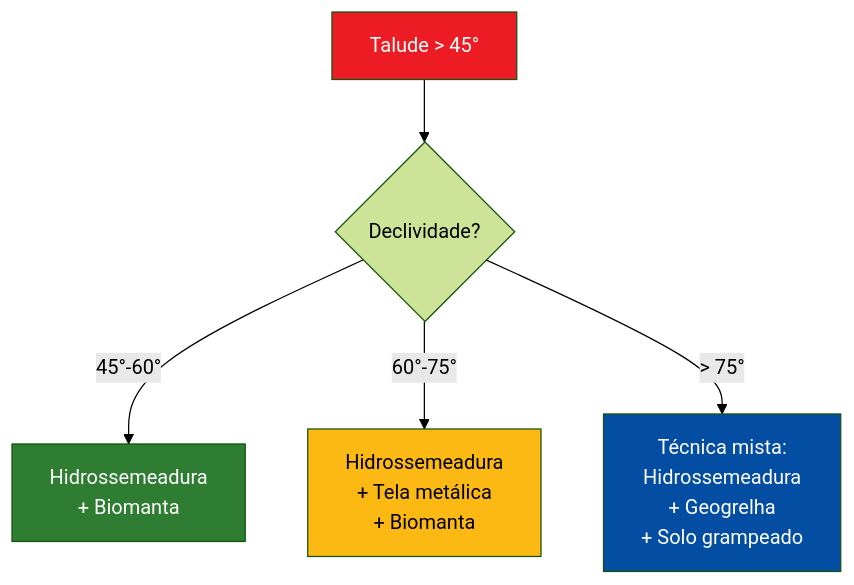
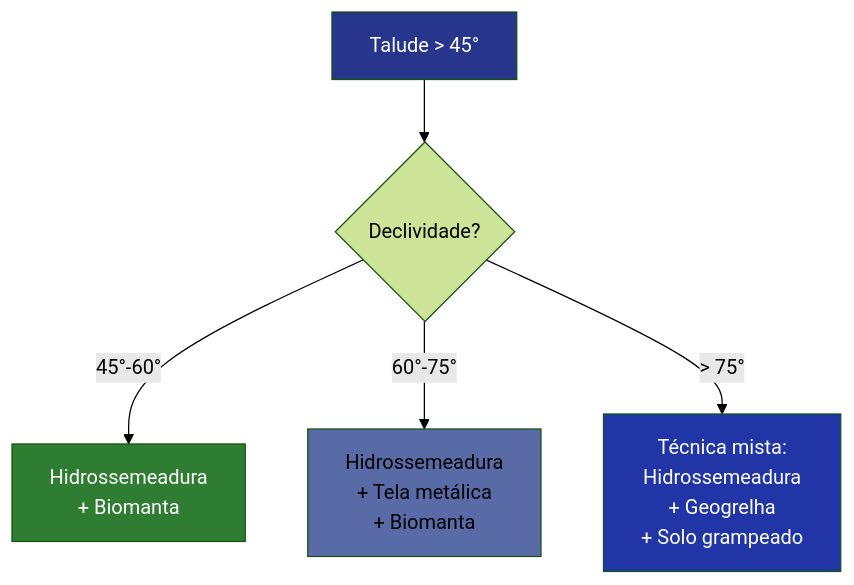
Before and after one commit to ldvsantos/cv: the fourth of 6 diagrams in aulas/bioengenharia_de_solos/aulas/hidrossemeadura/hidrossemeadura.qmd, drawn with Mermaid (forest theme). The commit also changed other lines of this file and 466 other files, not shown here.

````diff
--- a/aulas/bioengenharia_de_solos/aulas/hidrossemeadura/hidrossemeadura.qmd
+++ b/aulas/bioengenharia_de_solos/aulas/hidrossemeadura/hidrossemeadura.qmd
@@ -423,12 +421,12 @@
 ```{mermaid}
 %%| fig-width: 4.5
 graph TD
     A["Talude > 45°"] --> B{"Declividade?"}
     B -->|"45°-60°"| C["Hidrossemeadura<br>+ Biomanta"]
     B -->|"60°-75°"| D["Hidrossemeadura<br>+ Tela metálica<br>+ Biomanta"]
     B -->|"> 75°"| E["Técnica mista:<br>Hidrossemeadura<br>+ Geogrelha<br>+ Solo grampeado"]
-    style A fill:#ED1C24,color:#fff
+    style A fill:#27368C,color:#fff
     style C fill:#2E7D32,color:#fff
-    style D fill:#FDB913,color:#000
-    style E fill:#034EA2,color:#fff
+    style D fill:#586BA6,color:#000
+    style E fill:#2135A6,color:#fff
 ```
````
